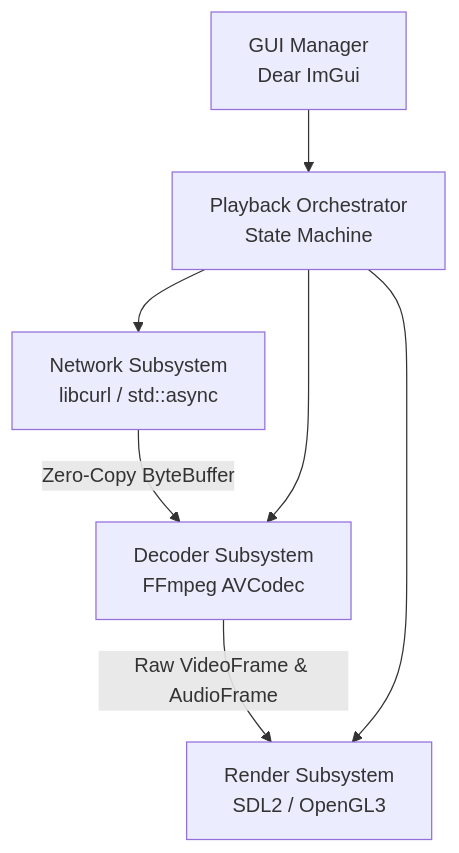
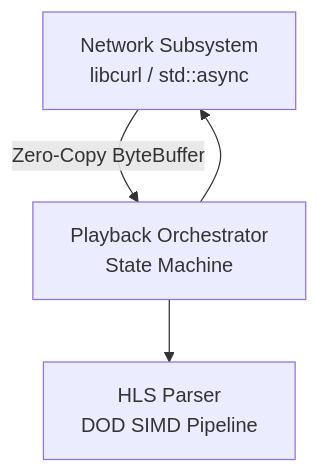
The diagram in README.md (DjSurgeon/VSMN-Player), drawn with Mermaid before and after one commit. The commit also changed other lines of this file and 1 other file, not shown here.

Commit message:
docs: sycn README and DEV_LOG with YAGNI architecture and DOD benchmarks

````diff
--- a/README.md
+++ b/README.md
@@ -36,9 +38,6 @@
 ```mermaid
 graph TD;
-    Network[Network Subsystem <br> libcurl / std::async] -->|Zero-Copy ByteBuffer| Decoder[Decoder Subsystem <br> FFmpeg AVCodec]
-    Decoder -->|Raw VideoFrame & AudioFrame| Render[Render Subsystem <br> SDL2 / OpenGL3]
-    GUI[GUI Manager <br> Dear ImGui] --> Orchestrator
+    Network[Network Subsystem <br> libcurl / std::async] -->|Zero-Copy ByteBuffer| Orchestrator
     Orchestrator[Playback Orchestrator <br> State Machine] --> Network
-    Orchestrator --> Decoder
-    Orchestrator --> Render
+    Orchestrator --> Parser[HLS Parser <br> DOD SIMD Pipeline]
 ```
````
